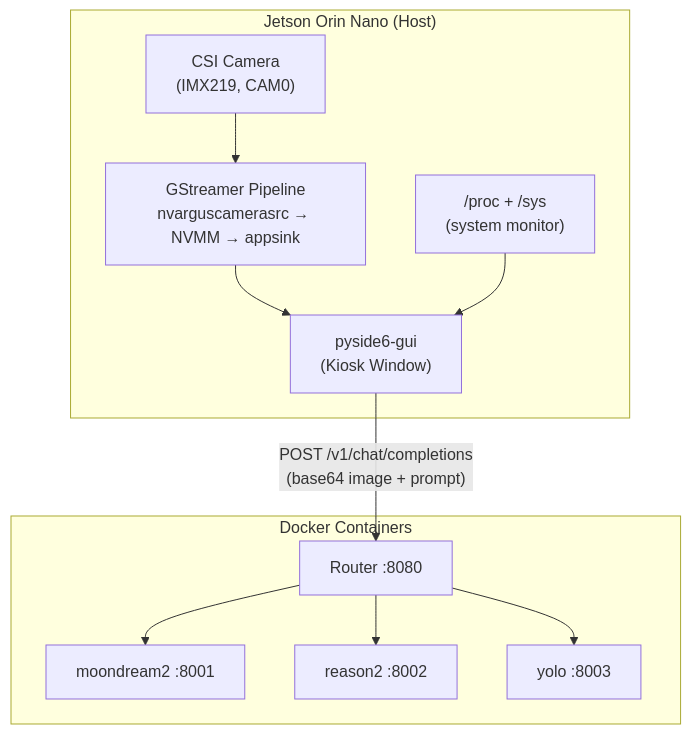
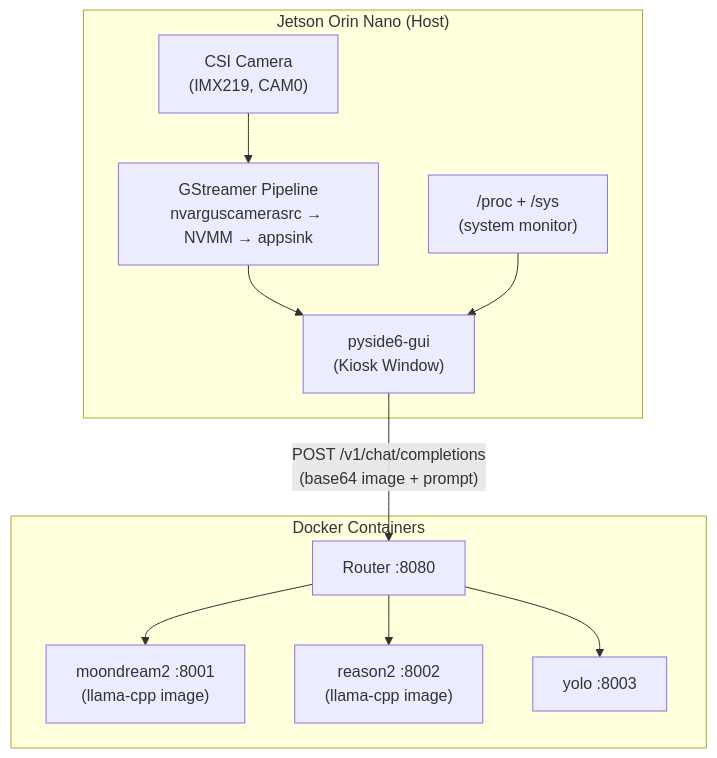
The first of 4 diagrams in pyside6-gui.md (ccbruce0812/nikko-vlm-webui), drawn with Mermaid before and after one commit. The commit also changed other lines of this file, not shown here.

Commit message:
Update architecture and mermaid.

````diff
--- a/pyside6-gui.md
+++ b/pyside6-gui.md
@@ -16,23 +16,23 @@
 ```mermaid
 flowchart TB
     subgraph Jetson["Jetson Orin Nano (Host)"]
         CSI["CSI Camera<br/>(IMX219, CAM0)"]
         GST["GStreamer Pipeline<br/>nvarguscamerasrc → NVMM → appsink"]
         GUI["pyside6-gui<br/>(Kiosk Window)"]
         JTOP["/proc + /sys<br/>(system monitor)"]
     end
 
     subgraph Docker["Docker Containers"]
         RTR["Router :8080"]
-        MD["moondream2 :8001"]
-        R2["reason2 :8002"]
+        MD["moondream2 :8001<br/>(llama-cpp image)"]
+        R2["reason2 :8002<br/>(llama-cpp image)"]
         YL["yolo :8003"]
     end
 
     CSI --> GST --> GUI
     JTOP --> GUI
     GUI -->|"POST /v1/chat/completions<br/>(base64 image + prompt)"| RTR
     RTR --> MD
     RTR --> R2
     RTR --> YL
 ```
````
